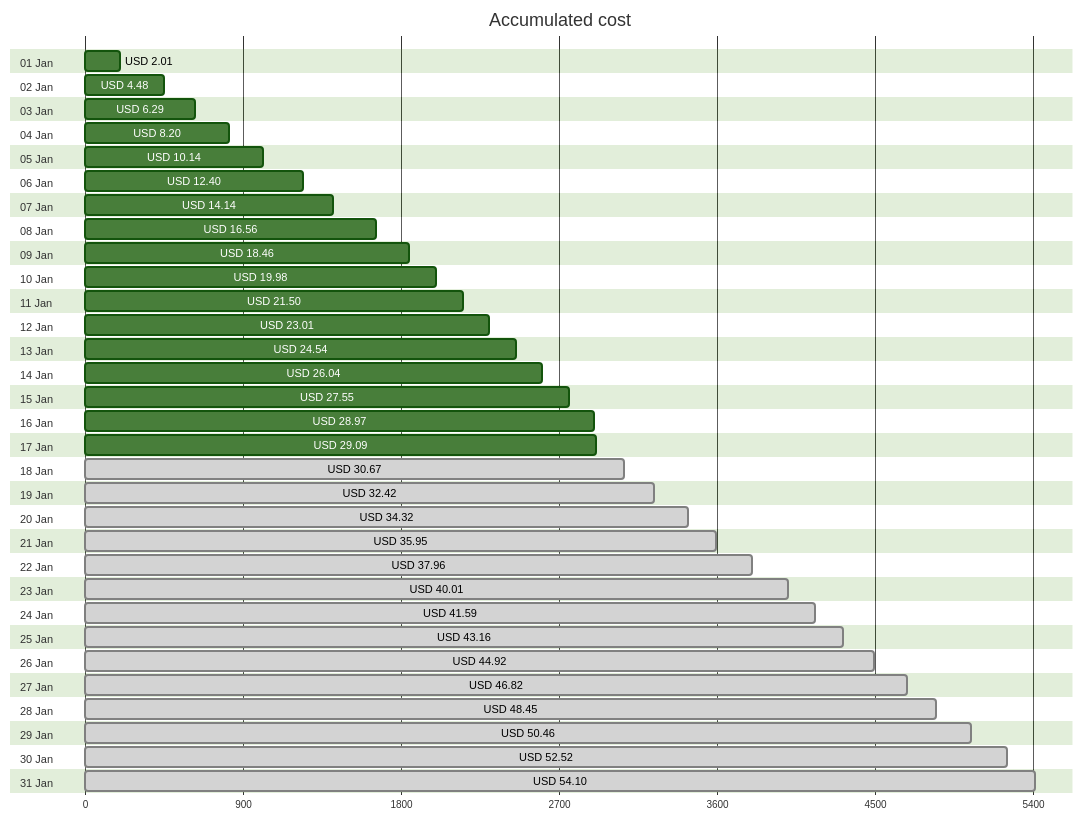
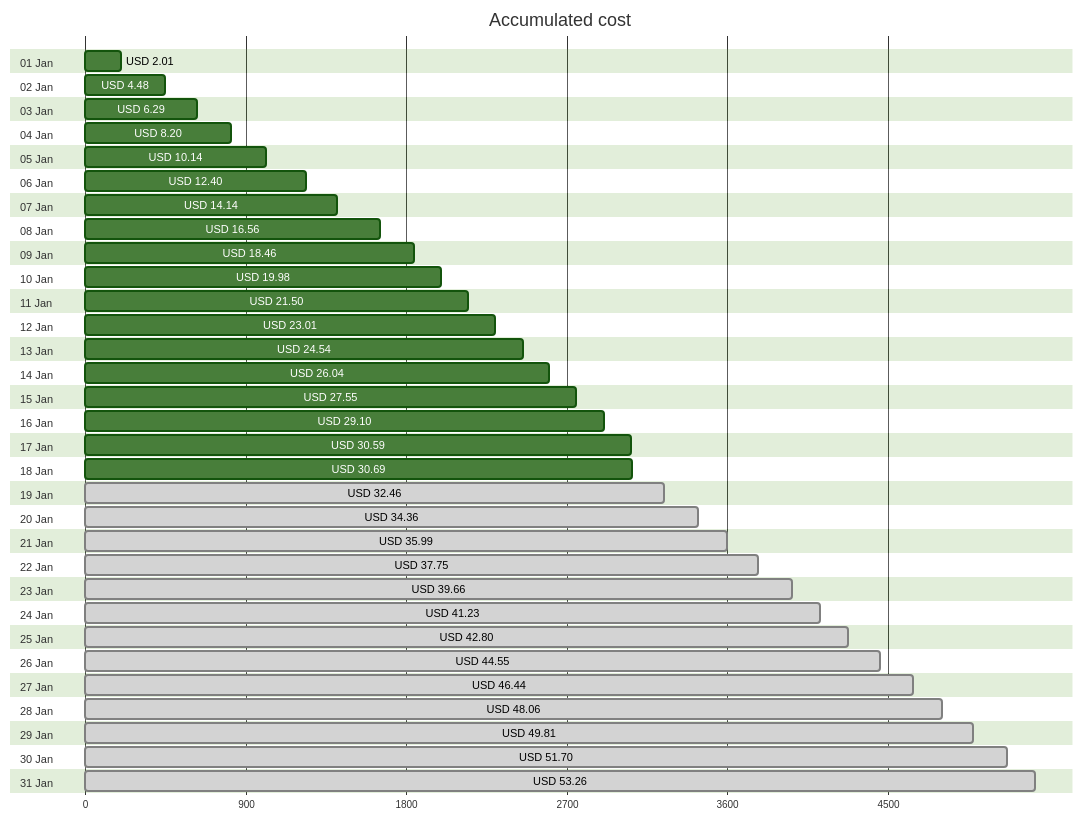
The first of 4 diagrams in cost-reports/personal-network/README.md (jpfulton/azure-personal-reports), drawn with Mermaid (forest theme) before and after one commit. The commit also changed other lines of this file and 8 other files, not shown here.

````diff
--- a/cost-reports/personal-network/README.md
+++ b/cost-reports/personal-network/README.md
@@ -20,68 +20,68 @@
 ```mermaid
 gantt
    title Accumulated cost
    dateFormat  X
    axisFormat %s
    section 01 Jan
    USD 2.01 :0, 201
    section 02 Jan
    USD 4.48 :0, 448
    section 03 Jan
    USD 6.29 :0, 629
    section 04 Jan
    USD 8.20 :0, 820
    section 05 Jan
    USD 10.14 :0, 1014
    section 06 Jan
    USD 12.40 :0, 1240
    section 07 Jan
    USD 14.14 :0, 1414
    section 08 Jan
    USD 16.56 :0, 1656
    section 09 Jan
    USD 18.46 :0, 1846
    section 10 Jan
    USD 19.98 :0, 1998
    section 11 Jan
    USD 21.50 :0, 2150
    section 12 Jan
    USD 23.01 :0, 2301
    section 13 Jan
    USD 24.54 :0, 2454
    section 14 Jan
    USD 26.04 :0, 2604
    section 15 Jan
    USD 27.55 :0, 2755
    section 16 Jan
-   USD 28.97 :0, 2897
+   USD 29.10 :0, 2910
    section 17 Jan
-   USD 29.09 :0, 2909
+   USD 30.59 :0, 3059
    section 18 Jan
-   USD 30.67 : done, 0, 3067
+   USD 30.69 :0, 3069
    section 19 Jan
-   USD 32.42 : done, 0, 3242
+   USD 32.46 : done, 0, 3246
    section 20 Jan
-   USD 34.32 : done, 0, 3432
+   USD 34.36 : done, 0, 3436
    section 21 Jan
-   USD 35.95 : done, 0, 3595
+   USD 35.99 : done, 0, 3599
    section 22 Jan
-   USD 37.96 : done, 0, 3796
+   USD 37.75 : done, 0, 3775
    section 23 Jan
-   USD 40.01 : done, 0, 4001
+   USD 39.66 : done, 0, 3966
    section 24 Jan
-   USD 41.59 : done, 0, 4159
+   USD 41.23 : done, 0, 4123
    section 25 Jan
-   USD 43.16 : done, 0, 4316
+   USD 42.80 : done, 0, 4280
    section 26 Jan
-   USD 44.92 : done, 0, 4492
+   USD 44.55 : done, 0, 4455
    section 27 Jan
-   USD 46.82 : done, 0, 4682
+   USD 46.44 : done, 0, 4644
    section 28 Jan
-   USD 48.45 : done, 0, 4845
+   USD 48.06 : done, 0, 4806
    section 29 Jan
-   USD 50.46 : done, 0, 5046
+   USD 49.81 : done, 0, 4981
    section 30 Jan
-   USD 52.52 : done, 0, 5252
+   USD 51.70 : done, 0, 5170
    section 31 Jan
-   USD 54.10 : done, 0, 5410
+   USD 53.26 : done, 0, 5326
 ```
````
